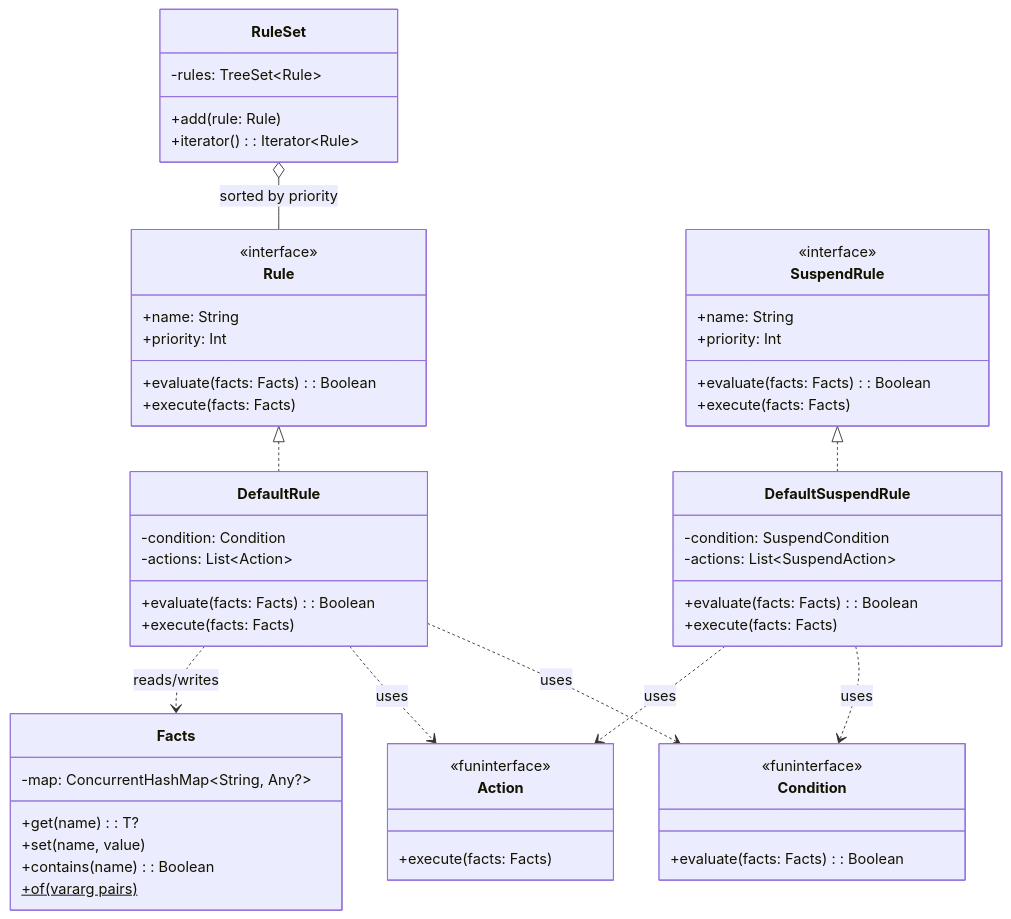
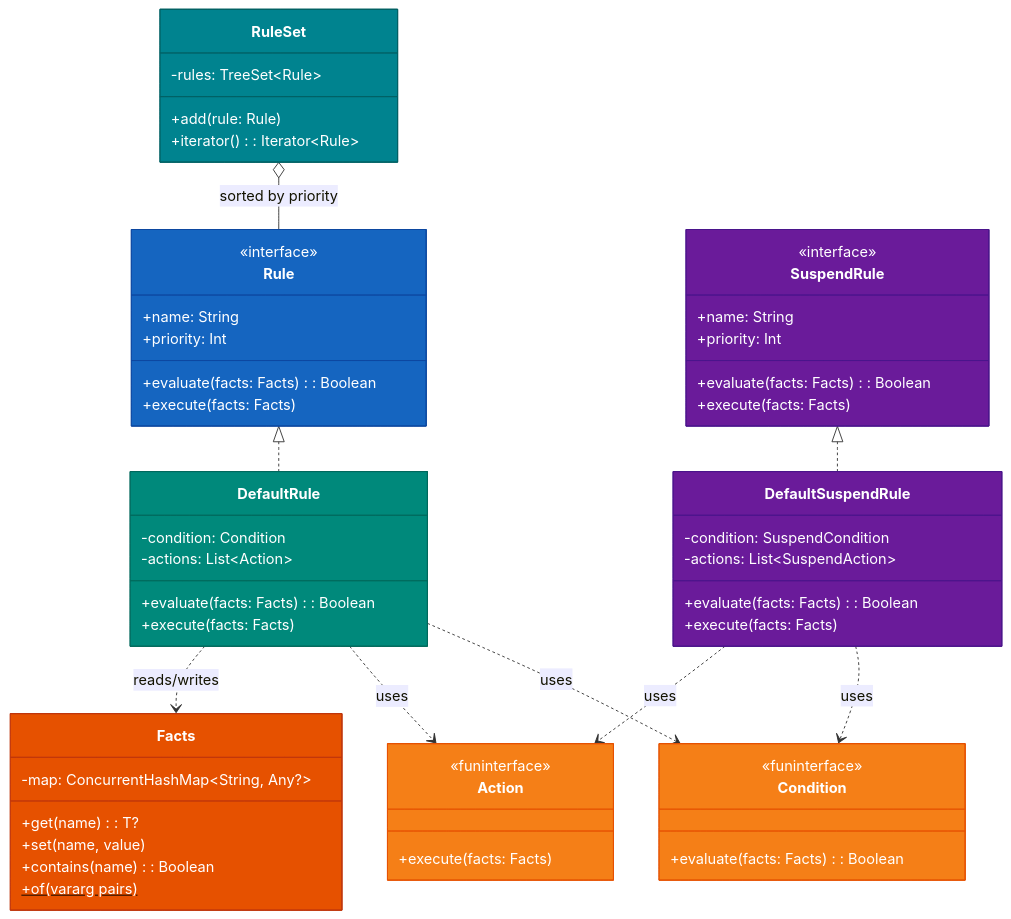
The second of 8 diagrams in utils/rule-engine/README.md (bluetape4k/bluetape4k-projects), drawn with Mermaid before and after one commit. The commit also changed other lines of this file and 221 other files, not shown here.

First line of the commit message:
docs: 전체 모듈 README UML 다이어그램 보강 및 색상 업그레이드

````diff
--- a/utils/rule-engine/README.md
+++ b/utils/rule-engine/README.md
@@ -39,65 +48,74 @@
 ```mermaid
 classDiagram
     class Rule {
         <<interface>>
         +name: String
         +priority: Int
         +evaluate(facts: Facts): Boolean
         +execute(facts: Facts)
     }
 
     class SuspendRule {
         <<interface>>
         +name: String
         +priority: Int
         +evaluate(facts: Facts): Boolean
         +execute(facts: Facts)
     }
 
     class DefaultRule {
         -condition: Condition
         -actions: List~Action~
         +evaluate(facts: Facts): Boolean
         +execute(facts: Facts)
     }
 
     class DefaultSuspendRule {
         -condition: SuspendCondition
         -actions: List~SuspendAction~
         +evaluate(facts: Facts): Boolean
         +execute(facts: Facts)
     }
 
     class Condition {
 <<funinterface>>
 +evaluate(facts: Facts): Boolean
 }
 
 class Action {
 <<funinterface>>
 +execute(facts: Facts)
 }
 
 class Facts {
 -map: ConcurrentHashMap~String, Any?~
 +get(name): T?
 +set(name, value)
 +contains(name): Boolean
 +of(vararg pairs)$
 }
 
 class RuleSet {
 -rules: TreeSet~Rule~
 +add(rule: Rule)
 +iterator(): Iterator~Rule~
 }
 
 Rule <|.. DefaultRule
 SuspendRule <|.. DefaultSuspendRule
 DefaultRule ..> Condition: uses
 DefaultRule ..> Action: uses
 DefaultSuspendRule ..> Condition : uses
 DefaultSuspendRule ..> Action: uses
 RuleSet o-- Rule: sorted by priority
 DefaultRule ..> Facts: reads/writes
+
+    style Rule fill:#1565C0,stroke:#0D47A1,color:#FFFFFF
+    style SuspendRule fill:#6A1B9A,stroke:#4A148C,color:#FFFFFF
+    style DefaultRule fill:#00897B,stroke:#00695C,color:#FFFFFF
+    style DefaultSuspendRule fill:#6A1B9A,stroke:#4A148C,color:#FFFFFF
+    style Condition fill:#F57F17,stroke:#E65100,color:#FFFFFF
+    style Action fill:#F57F17,stroke:#E65100,color:#FFFFFF
+    style Facts fill:#E65100,stroke:#BF360C,color:#FFFFFF
+    style RuleSet fill:#00838F,stroke:#006064,color:#FFFFFF
 ```
````
